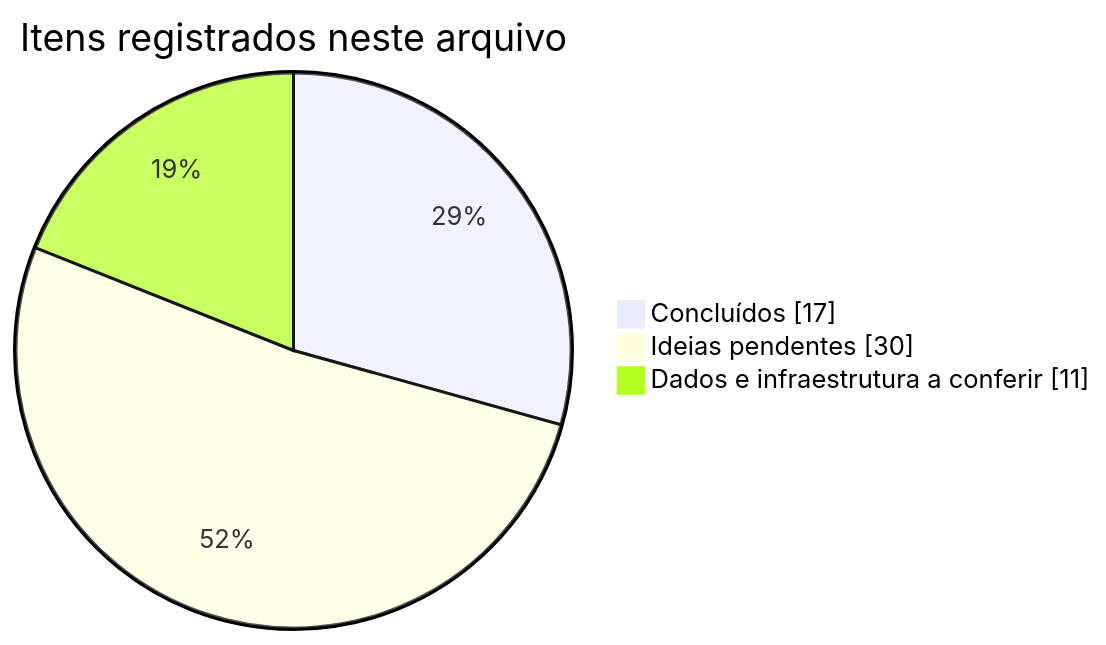
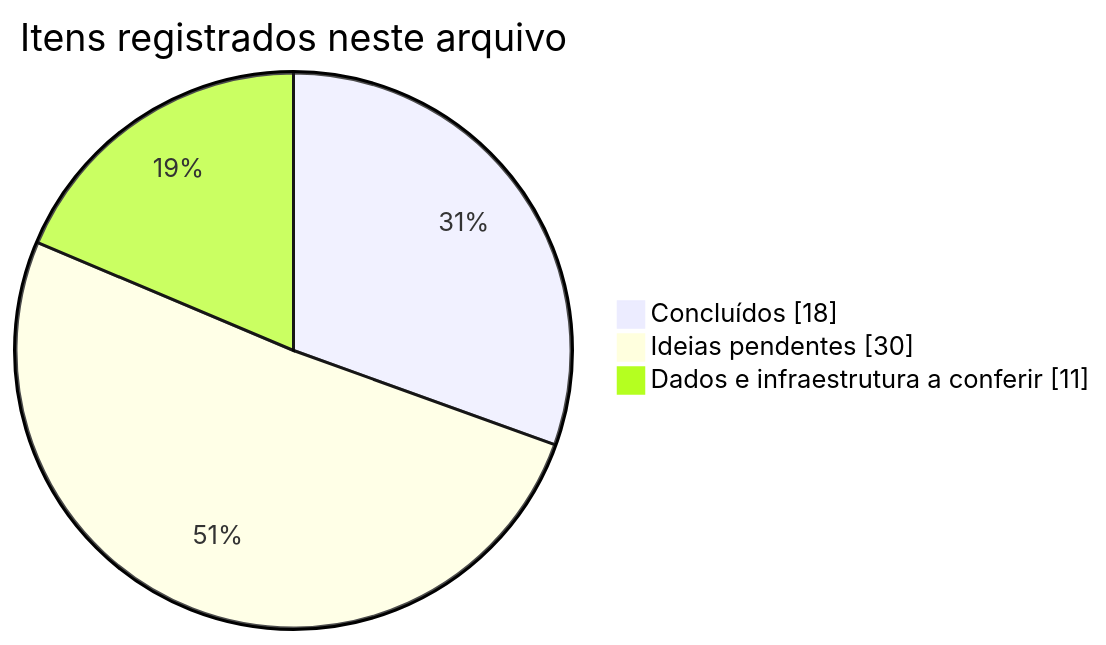
The diagram in PENDENCIAS.md (floriatanscosta/floriatanscosta.github.io), drawn with Mermaid before and after one commit. The commit also changed other lines of this file and 53 other files, not shown here.

````diff
--- a/PENDENCIAS.md
+++ b/PENDENCIAS.md
@@ -9,6 +9,6 @@
 ```mermaid
 pie showData title Itens registrados neste arquivo
-    "Concluídos" : 17
+    "Concluídos" : 18
     "Ideias pendentes" : 30
     "Dados e infraestrutura a conferir" : 11
 ```
````
